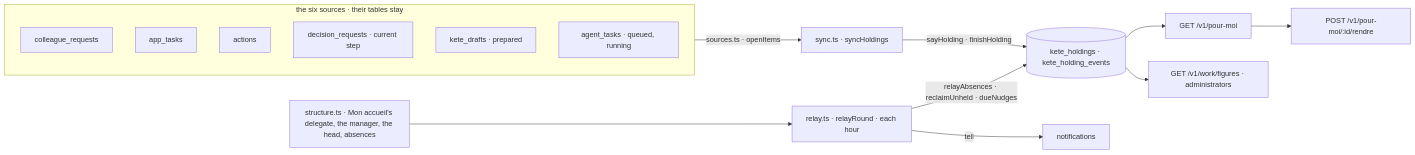
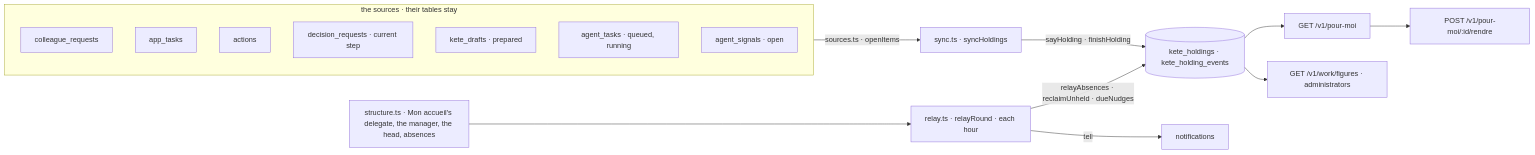
Before and after one commit to kete-africa/kete-enterprise: the diagram in apps/api/src/features/work/README.md, drawn with Mermaid. The commit also changed other lines of this file and 7 other files, not shown here.

````diff
--- a/apps/api/src/features/work/README.md
+++ b/apps/api/src/features/work/README.md
@@ -6,19 +6,20 @@
 ```mermaid
 flowchart LR
-  subgraph Sources[the six sources · their tables stay]
+  subgraph Sources[the sources · their tables stay]
     R[colleague_requests]
     T[app_tasks]
     A[actions]
     C[decision_requests · current step]
     D[kete_drafts · prepared]
     G[agent_tasks · queued, running]
+    X[agent_signals · open]
   end
   Sources -->|sources.ts · openItems| S[sync.ts · syncHoldings]
   S -->|sayHolding · finishHolding| W[(kete_holdings · kete_holding_events)]
   ST[structure.ts · Mon accueil's delegate, the manager, the head, absences] --> RL
   RL[relay.ts · relayRound · each hour] -->|relayAbsences · reclaimUnheld · dueNudges| W
   RL -->|tell| N[notifications]
   W --> P[GET /v1/pour-moi]
   W --> F[GET /v1/work/figures · administrators]
   P --> H[POST /v1/pour-moi/:id/rendre]
 ```
````
